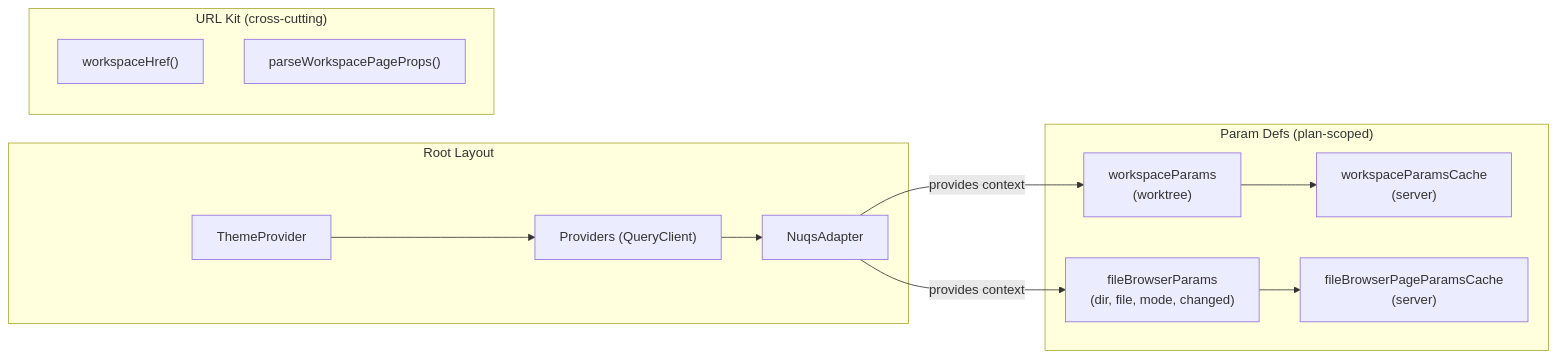
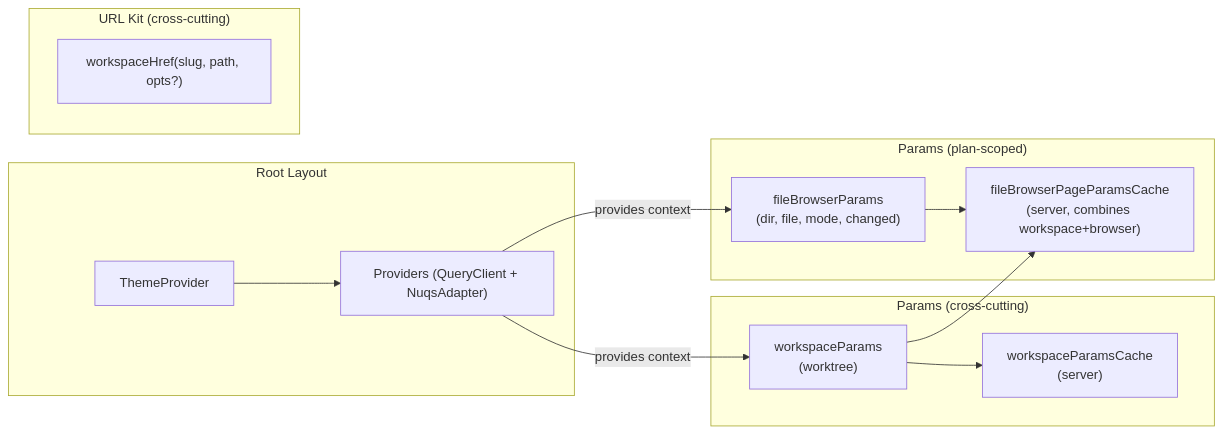
Before and after one commit to AI-Substrate/chainglass: the second of 3 diagrams in docs/plans/041-file-browser/tasks/phase-2-deep-linking-url-state/tasks.md, drawn with Mermaid. The commit also changed other lines of this file and 16 other files, not shown here.

First line of the commit message:
Plan 041 Phase 2: Deep linking and URL state with nuqs

````diff
--- a/docs/plans/041-file-browser/tasks/phase-2-deep-linking-url-state/tasks.md
+++ b/docs/plans/041-file-browser/tasks/phase-2-deep-linking-url-state/tasks.md
@@ -242,26 +244,28 @@
 ```mermaid
 flowchart LR
     subgraph Root["Root Layout"]
         TP["ThemeProvider"]
-        PR["Providers (QueryClient)"]
-        NA["NuqsAdapter"]
+        PR["Providers (QueryClient + NuqsAdapter)"]
     end
 
     subgraph URLKit["URL Kit (cross-cutting)"]
-        WH["workspaceHref()"]
-        PP["parseWorkspacePageProps()"]
+        WH["workspaceHref(slug, path, opts?)"]
     end
 
-    subgraph Params["Param Defs (plan-scoped)"]
+    subgraph CrossCutParams["Params (cross-cutting)"]
         WP["workspaceParams<br>(worktree)"]
-        FP["fileBrowserParams<br>(dir, file, mode, changed)"]
         WPC["workspaceParamsCache<br>(server)"]
-        FPC["fileBrowserPageParamsCache<br>(server)"]
     end
 
-    TP --> PR --> NA
-    NA --> |"provides context"| FP
-    NA --> |"provides context"| WP
+    subgraph PlanParams["Params (plan-scoped)"]
+        FP["fileBrowserParams<br>(dir, file, mode, changed)"]
+        FPC["fileBrowserPageParamsCache<br>(server, combines workspace+browser)"]
+    end
+
+    TP --> PR
+    PR --> |"provides context"| FP
+    PR --> |"provides context"| WP
     WP --> WPC
+    WP --> FPC
     FP --> FPC
 ```
````
